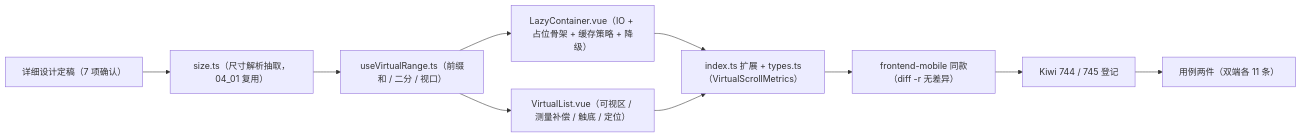
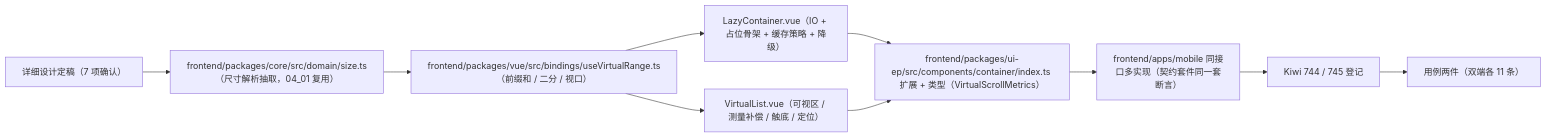
Before and after one commit to minjian123/basic-management-system: the diagram in bms文档/项目/04_前端组件库/任务/04_容器组件类/04_容器组件类_02_懒加载与虚拟列表/实施/01_实施_02_懒加载与虚拟列表.md, drawn with Mermaid. The commit also changed other lines of this file and 134 other files, not shown here.

````diff
--- a/bms文档/项目/04_前端组件库/任务/04_容器组件类/04_容器组件类_02_懒加载与虚拟列表/实施/01_实施_02_懒加载与虚拟列表.md
+++ b/bms文档/项目/04_前端组件库/任务/04_容器组件类/04_容器组件类_02_懒加载与虚拟列表/实施/01_实施_02_懒加载与虚拟列表.md
@@ -22,12 +22,12 @@
 ```mermaid
 flowchart LR
-    D["详细设计定稿（7 项确认）"] --> S["size.ts（尺寸解析抽取，04_01 复用）"]
-    S --> R["useVirtualRange.ts（前缀和 / 二分 / 视口）"]
+    D["详细设计定稿（7 项确认）"] --> S["frontend/packages/core/src/domain/size.ts（尺寸解析抽取，04_01 复用）"]
+    S --> R["frontend/packages/vue/src/bindings/useVirtualRange.ts（前缀和 / 二分 / 视口）"]
     R --> L["LazyContainer.vue（IO + 占位骨架 + 缓存策略 + 降级）"]
     R --> V["VirtualList.vue（可视区 / 测量补偿 / 触底 / 定位）"]
-    L --> X["index.ts 扩展 + types.ts（VirtualScrollMetrics）"]
+    L --> X["frontend/packages/ui-ep/src/components/container/index.ts 扩展 + 类型（VirtualScrollMetrics）"]
     V --> X
-    X --> M["frontend-mobile 同款（diff -r 无差异）"]
+    X --> M["frontend/apps/mobile 同接口多实现（契约套件同一套断言）"]
     M --> K["Kiwi 744 / 745 登记"]
     K --> U["用例两件（双端各 11 条）"]
 ```
````
